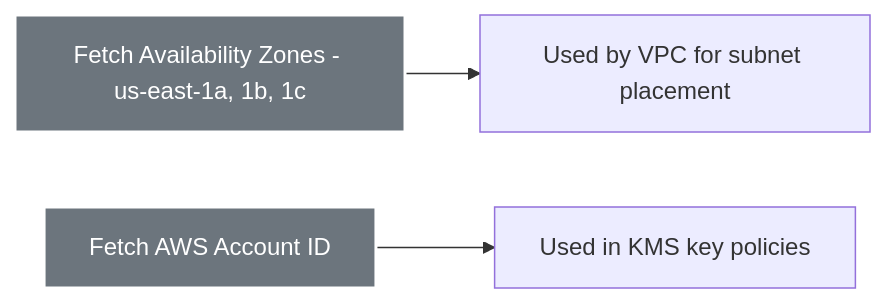
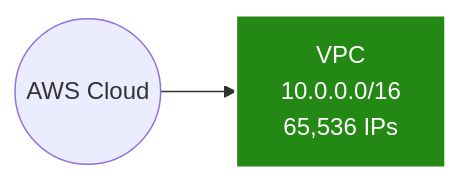
The first of 23 diagrams in docs/architecture-build-steps.md (selvakumarperumal/EKS_k8s_custom_template_with_Terraform), drawn with Mermaid before and after one commit. The commit also changed other lines of this file, not shown here.

Commit message:
docs: rewrite build steps with 22 minimal step-by-step Mermaid diagrams

````diff
--- a/docs/architecture-build-steps.md
+++ b/docs/architecture-build-steps.md
@@ -221,9 +11,8 @@
 ```mermaid
 graph LR
-    classDef dataStyle fill:#6C757D,stroke:#fff,stroke-width:2px,color:#fff
+    classDef vpcStyle fill:#248814,stroke:#fff,stroke-width:2px,color:#fff
 
-    AZ["Fetch Availability Zones - us-east-1a, 1b, 1c"] --> Used["Used by VPC for subnet placement"]
-    CALLER["Fetch AWS Account ID"] --> Used2["Used in KMS key policies"]
+    AWS(("AWS Cloud")) --> VPC["VPC\n10.0.0.0/16\n65,536 IPs"]
 
-    class AZ,CALLER dataStyle
+    class VPC vpcStyle
 ```
````
